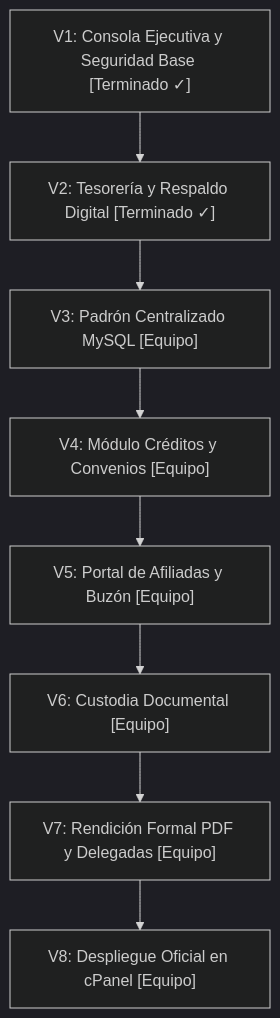
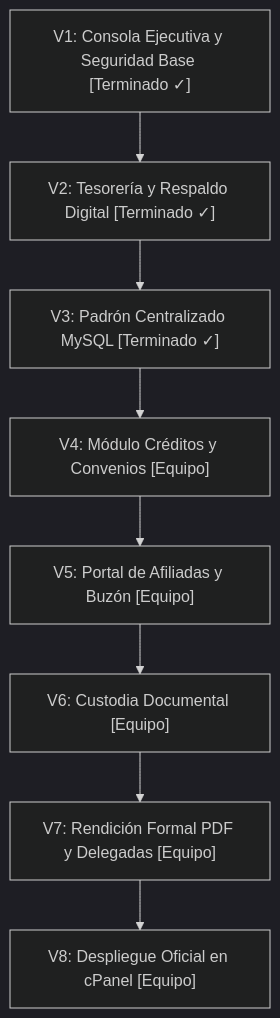
The diagram in docs/PLAN_IMPLEMENTACION.md (swix14/dashboard), drawn with Mermaid (dark theme) before and after one commit. The commit also changed other lines of this file and 2 other files, not shown here.

````diff
--- a/docs/PLAN_IMPLEMENTACION.md
+++ b/docs/PLAN_IMPLEMENTACION.md
@@ -85,10 +85,10 @@
 ```mermaid
 flowchart TD
     V1["V1: Consola Ejecutiva y Seguridad Base [Terminado ✓]"] --> V2["V2: Tesorería y Respaldo Digital [Terminado ✓]"]
-    V2 --> V3["V3: Padrón Centralizado MySQL [Equipo]"]
+    V2 --> V3["V3: Padrón Centralizado MySQL [Terminado ✓]"]
     V3 --> V4["V4: Módulo Créditos y Convenios [Equipo]"]
     V4 --> V5["V5: Portal de Afiliadas y Buzón [Equipo]"]
     V5 --> V6["V6: Custodia Documental [Equipo]"]
     V6 --> V7["V7: Rendición Formal PDF y Delegadas [Equipo]"]
     V7 --> V8["V8: Despliegue Oficial en cPanel [Equipo]"]
 ```
````
